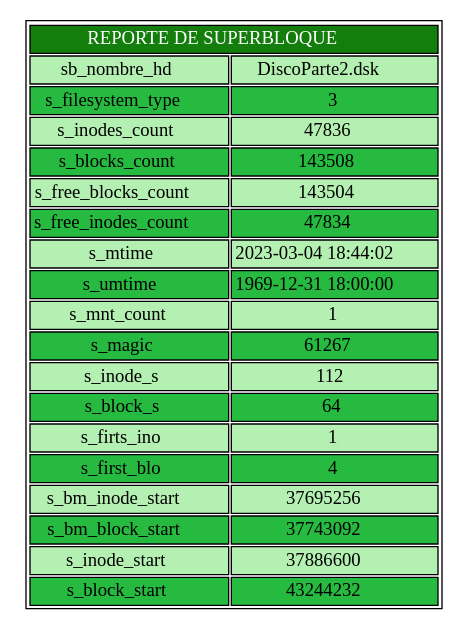
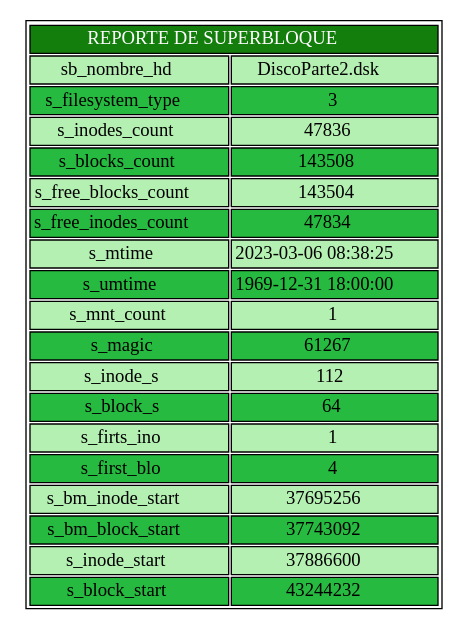
Before and after one commit to diegomazariegos2002/_MIA1S2023_PROYECTO1: the diagram in Proyecto/cmake-build-debug/rep.dot, drawn with Graphviz. The commit also changed 9 other files, not shown here.

```diff
--- a/Proyecto/cmake-build-debug/rep.dot
+++ b/Proyecto/cmake-build-debug/rep.dot
@@ -1,4 +1,4 @@
 digraph G {
 node[shape=none]
-start[label=<<table><tr><td colspan="2" bgcolor="#147e0d"><font color="white">REPORTE DE SUPERBLOQUE</font></td></tr><tr><td bgcolor="#b4f0b1">sb_nombre_hd</td><td bgcolor="#b4f0b1">DiscoParte2.dsk</td>)</tr><tr><td bgcolor="#27ba40">s_filesystem_type</td><td bgcolor="#27ba40">3</td>)</tr><tr><td bgcolor="#b4f0b1">s_inodes_count</td><td bgcolor="#b4f0b1">47836</td>)</tr><tr><td bgcolor="#27ba40">s_blocks_count</td><td bgcolor="#27ba40">143508</td>)</tr><tr><td bgcolor="#b4f0b1">s_free_blocks_count</td><td bgcolor="#b4f0b1">143504</td>)</tr><tr><td bgcolor="#27ba40">s_free_inodes_count</td><td bgcolor="#27ba40">47834</td>)</tr><tr><td bgcolor="#b4f0b1">s_mtime</td><td bgcolor="#b4f0b1">2023-03-04 18:44:02</td>)</tr><tr><td bgcolor="#27ba40">s_umtime</td><td bgcolor="#27ba40">1969-12-31 18:00:00</td>)</tr><tr><td bgcolor="#b4f0b1">s_mnt_count</td><td bgcolor="#b4f0b1">1</td>)</tr><tr><td bgcolor="#27ba40">s_magic</td><td bgcolor="#27ba40">61267</td>)</tr><tr><td bgcolor="#b4f0b1">s_inode_s</td><td bgcolor="#b4f0b1">112</td>)</tr><tr><td bgcolor="#27ba40">s_block_s</td><td bgcolor="#27ba40">64</td>)</tr><tr><td bgcolor="#b4f0b1">s_firts_ino</td><td bgcolor="#b4f0b1">1</td>)</tr><tr><td bgcolor="#27ba40">s_first_blo</td><td bgcolor="#27ba40">4</td>)</tr><tr><td bgcolor="#b4f0b1">s_bm_inode_start</td><td bgcolor="#b4f0b1">37695256</td>)</tr><tr><td bgcolor="#27ba40">s_bm_block_start</td><td bgcolor="#27ba40">37743092</td>)</tr><tr><td bgcolor="#b4f0b1">s_inode_start</td><td bgcolor="#b4f0b1">37886600</td>)</tr><tr><td bgcolor="#27ba40">s_block_start</td><td bgcolor="#27ba40">43244232</td>)</tr></table>>];
+start[label=<<table><tr><td colspan="2" bgcolor="#147e0d"><font color="white">REPORTE DE SUPERBLOQUE</font></td></tr><tr><td bgcolor="#b4f0b1">sb_nombre_hd</td><td bgcolor="#b4f0b1">DiscoParte2.dsk</td>)</tr><tr><td bgcolor="#27ba40">s_filesystem_type</td><td bgcolor="#27ba40">3</td>)</tr><tr><td bgcolor="#b4f0b1">s_inodes_count</td><td bgcolor="#b4f0b1">47836</td>)</tr><tr><td bgcolor="#27ba40">s_blocks_count</td><td bgcolor="#27ba40">143508</td>)</tr><tr><td bgcolor="#b4f0b1">s_free_blocks_count</td><td bgcolor="#b4f0b1">143504</td>)</tr><tr><td bgcolor="#27ba40">s_free_inodes_count</td><td bgcolor="#27ba40">47834</td>)</tr><tr><td bgcolor="#b4f0b1">s_mtime</td><td bgcolor="#b4f0b1">2023-03-06 08:38:25</td>)</tr><tr><td bgcolor="#27ba40">s_umtime</td><td bgcolor="#27ba40">1969-12-31 18:00:00</td>)</tr><tr><td bgcolor="#b4f0b1">s_mnt_count</td><td bgcolor="#b4f0b1">1</td>)</tr><tr><td bgcolor="#27ba40">s_magic</td><td bgcolor="#27ba40">61267</td>)</tr><tr><td bgcolor="#b4f0b1">s_inode_s</td><td bgcolor="#b4f0b1">112</td>)</tr><tr><td bgcolor="#27ba40">s_block_s</td><td bgcolor="#27ba40">64</td>)</tr><tr><td bgcolor="#b4f0b1">s_firts_ino</td><td bgcolor="#b4f0b1">1</td>)</tr><tr><td bgcolor="#27ba40">s_first_blo</td><td bgcolor="#27ba40">4</td>)</tr><tr><td bgcolor="#b4f0b1">s_bm_inode_start</td><td bgcolor="#b4f0b1">37695256</td>)</tr><tr><td bgcolor="#27ba40">s_bm_block_start</td><td bgcolor="#27ba40">37743092</td>)</tr><tr><td bgcolor="#b4f0b1">s_inode_start</td><td bgcolor="#b4f0b1">37886600</td>)</tr><tr><td bgcolor="#27ba40">s_block_start</td><td bgcolor="#27ba40">43244232</td>)</tr></table>>];
 }
```
